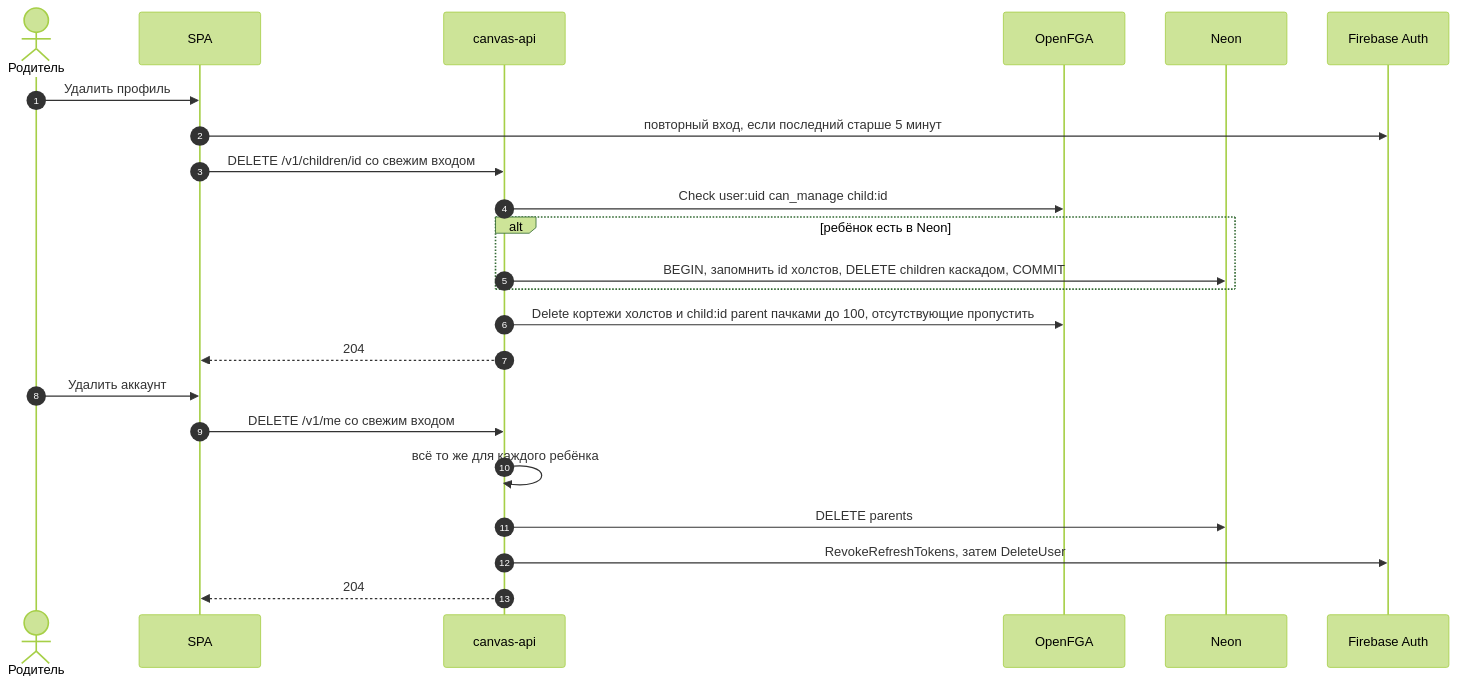
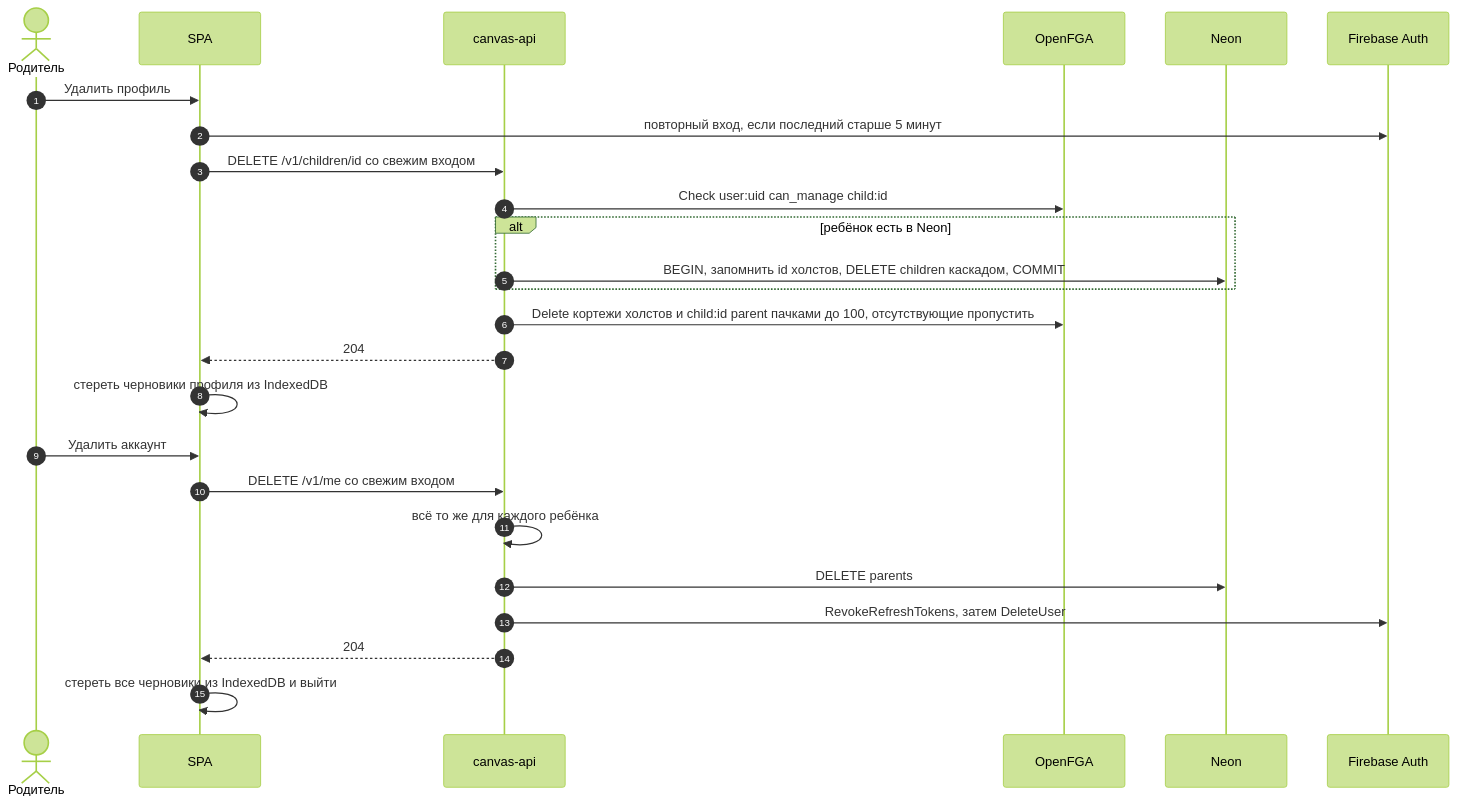
The seventh of 8 diagrams in docs/spec.md (MathTrail/canvas-api), drawn with Mermaid (forest theme) before and after one commit. The commit also changed other lines of this file and 21 other files, not shown here.

````diff
--- a/docs/spec.md
+++ b/docs/spec.md
@@ -1026,26 +1093,28 @@
 ```mermaid
 sequenceDiagram
     autonumber
     actor P as Родитель
     participant S as SPA
     participant A as canvas-api
     participant F as OpenFGA
     participant DB as Neon
     participant FA as Firebase Auth
 
     P->>S: Удалить профиль
     S->>FA: повторный вход, если последний старше 5 минут
     S->>A: DELETE /v1/children/id со свежим входом
     A->>F: Check user:uid can_manage child:id
     alt ребёнок есть в Neon
         A->>DB: BEGIN, запомнить id холстов, DELETE children каскадом, COMMIT
     end
     A->>F: Delete кортежи холстов и child:id parent пачками до 100, отсутствующие пропустить
     A-->>S: 204
+    S->>S: стереть черновики профиля из IndexedDB
     P->>S: Удалить аккаунт
     S->>A: DELETE /v1/me со свежим входом
     A->>A: всё то же для каждого ребёнка
     A->>DB: DELETE parents
     A->>FA: RevokeRefreshTokens, затем DeleteUser
     A-->>S: 204
+    S->>S: стереть все черновики из IndexedDB и выйти
 ```
````
